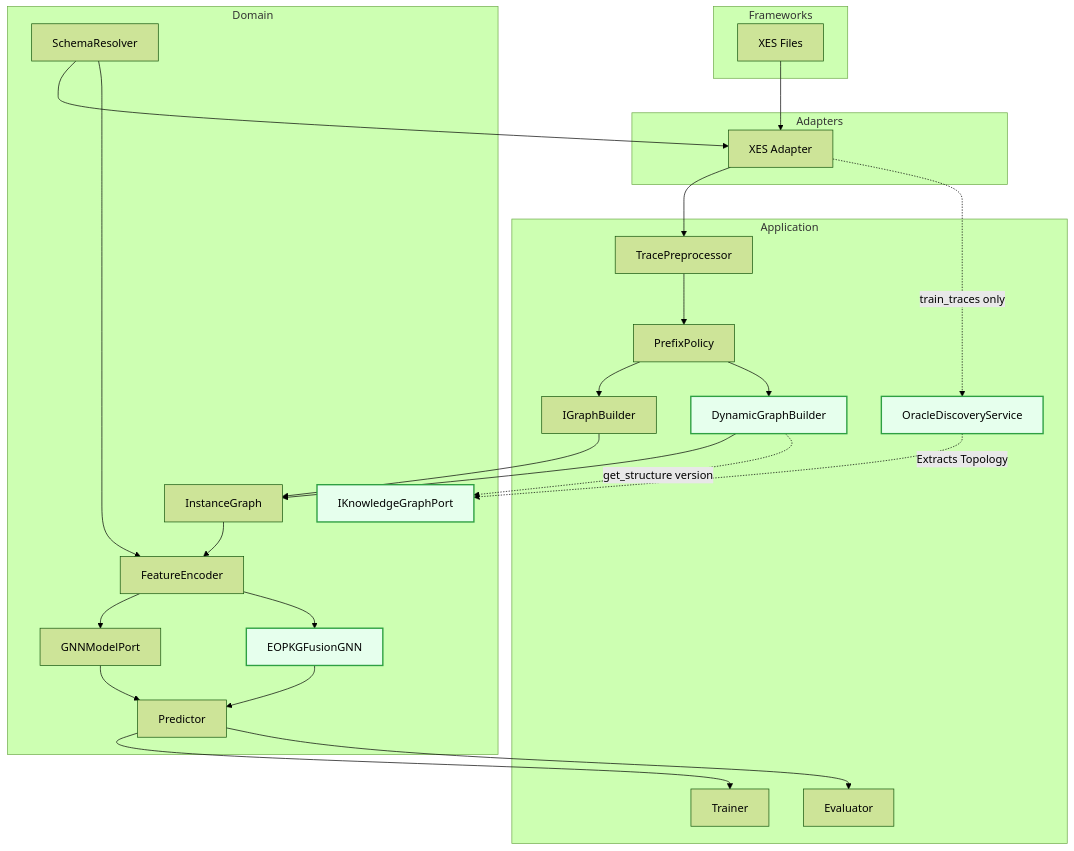
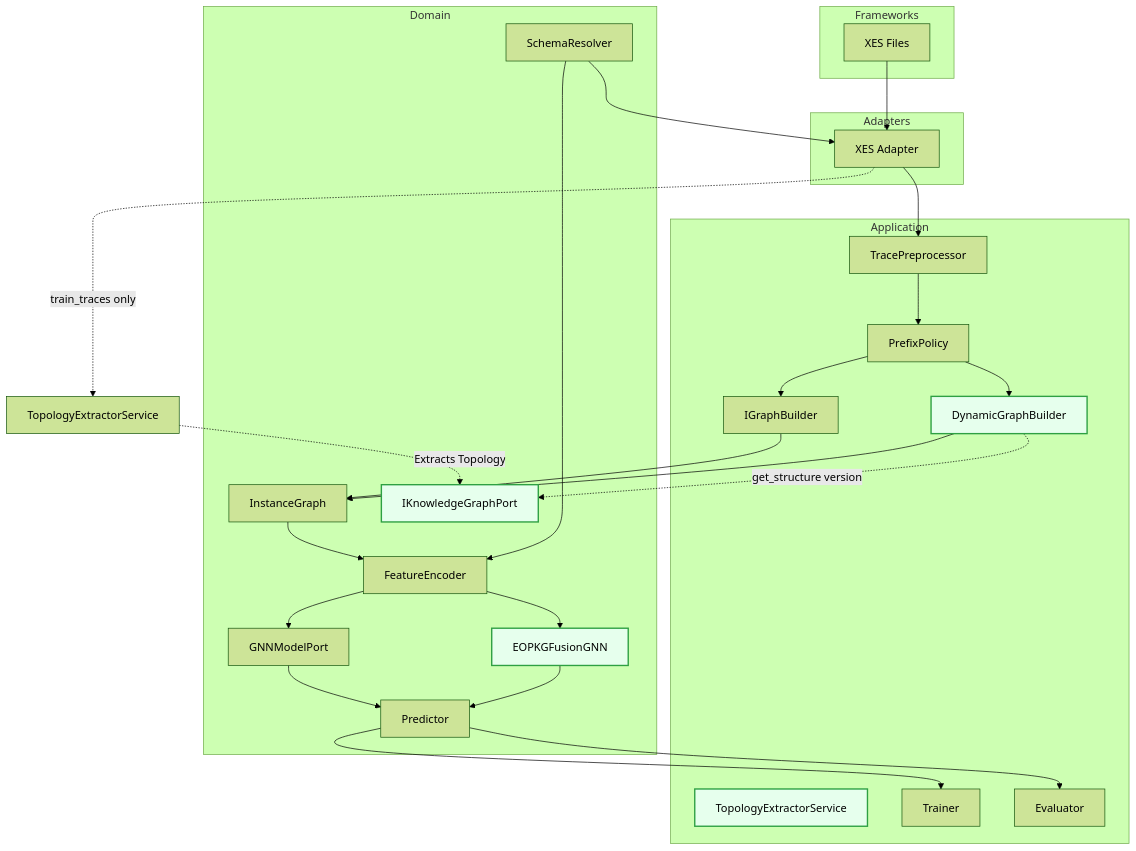
The first of 5 diagrams in docs/ARCHITECTURE_MVP2.MD (ghsrg/bpm_prediction), drawn with Mermaid (forest theme) before and after one commit. The commit also changed other lines of this file and 4 other files, not shown here.

````diff
--- a/docs/ARCHITECTURE_MVP2.MD
+++ b/docs/ARCHITECTURE_MVP2.MD
@@ -20,60 +20,60 @@
 ```mermaid
 flowchart TB
     classDef mvp2 fill:#e6ffed,stroke:#2ea043,stroke-width:2px,color:#000;
 
     subgraph Frameworks
         XES[XES Files]
     end
 
     subgraph Adapters
         XESAdapter[XES Adapter]
     end
 
     subgraph Application
         TracePreprocessor[TracePreprocessor]
         PrefixPolicy[PrefixPolicy]
         GraphBuilder[IGraphBuilder]
         DynamicGraphBuilder[DynamicGraphBuilder]:::mvp2
-        OracleDiscovery[OracleDiscoveryService]:::mvp2
+        TopologyExtractor[TopologyExtractorService]:::mvp2
         Trainer[Trainer]
         Evaluator[Evaluator]
     end
 
     subgraph Domain
         SchemaResolver[SchemaResolver]
         InstanceGraph[InstanceGraph]
         FeatureEncoder[FeatureEncoder]
         GNNModel[GNNModelPort]
         EOPKGFusionGNN[EOPKGFusionGNN]:::mvp2
         IKnowledgeGraphPort[IKnowledgeGraphPort]:::mvp2
         Predictor[Predictor]
     end
 
     XES --> XESAdapter
     XESAdapter --> TracePreprocessor
     
     %% MVP2 Zero-Shot flow
-    XESAdapter -.->|train_traces only| OracleDiscovery
-    OracleDiscovery -.->|Extracts Topology| IKnowledgeGraphPort
+    XESAdapter -.->|train_traces only| TopologyExtractorService
+    TopologyExtractorService -.->|Extracts Topology| IKnowledgeGraphPort
     
     TracePreprocessor --> PrefixPolicy
     PrefixPolicy --> GraphBuilder
     PrefixPolicy --> DynamicGraphBuilder
     
     GraphBuilder --> InstanceGraph
     DynamicGraphBuilder --> InstanceGraph
     DynamicGraphBuilder -.->|get_structure version| IKnowledgeGraphPort
     
     InstanceGraph --> FeatureEncoder
     FeatureEncoder --> GNNModel
     FeatureEncoder --> EOPKGFusionGNN
     
     SchemaResolver --> XESAdapter
     SchemaResolver --> FeatureEncoder
     
     GNNModel --> Predictor
     EOPKGFusionGNN --> Predictor
     
     Predictor --> Trainer
     Predictor --> Evaluator
 ```
````
